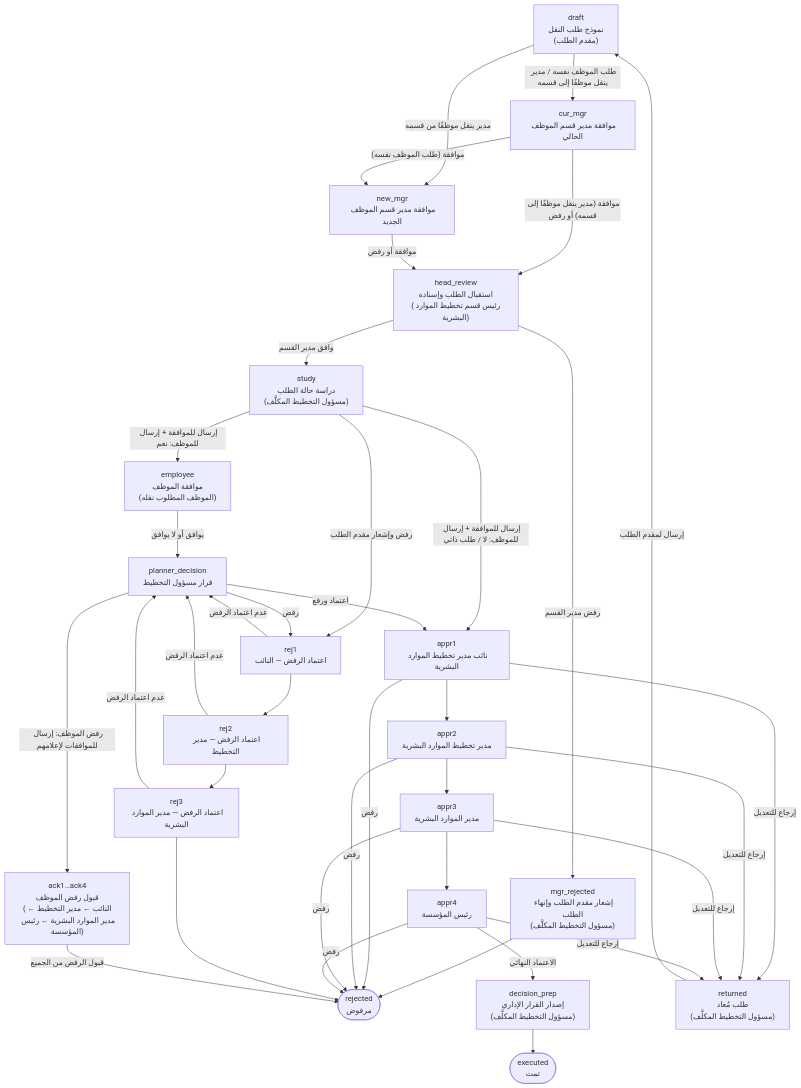
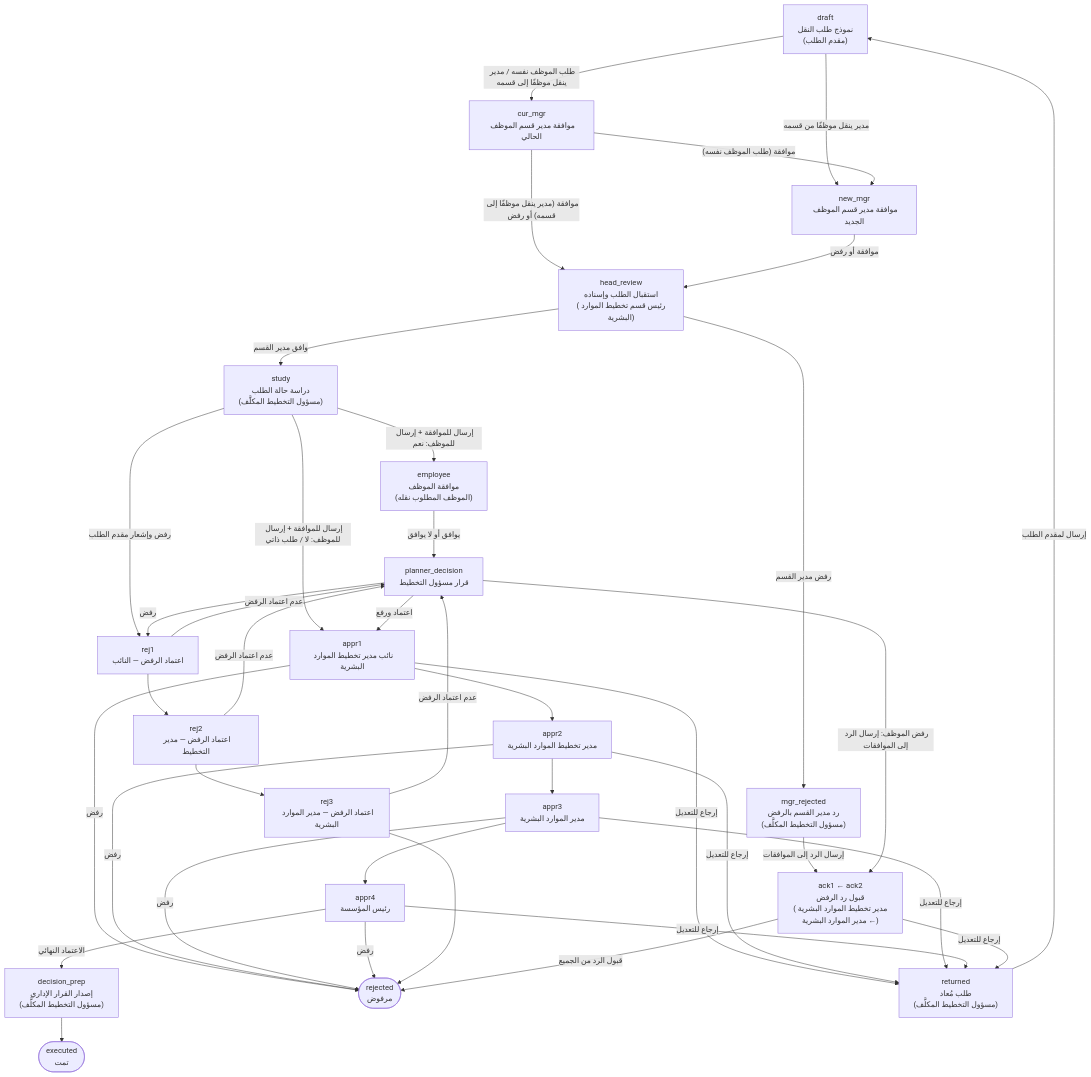
Before and after one commit to mariiamahmed11/sio_staff_transfer: the diagram in docs/workflow.md, drawn with Mermaid. The commit also changed other lines of this file and 6 other files, not shown here.

````diff
--- a/docs/workflow.md
+++ b/docs/workflow.md
@@ -19,31 +19,32 @@
 ```mermaid
 flowchart TD
     draft["draft<br/>نموذج طلب النقل<br/>(مقدم الطلب)"] -- "طلب الموظف نفسه / مدير ينقل موظفًا إلى قسمه" --> cur_mgr["cur_mgr<br/>موافقة مدير قسم الموظف الحالي"]
     draft -- "مدير ينقل موظفًا من قسمه" --> new_mgr["new_mgr<br/>موافقة مدير قسم الموظف الجديد"]
     cur_mgr -- "موافقة (طلب الموظف نفسه)" --> new_mgr
     cur_mgr -- "موافقة (مدير ينقل موظفًا إلى قسمه) أو رفض" --> head_review["head_review<br/>استقبال الطلب وإسناده<br/>(رئيس قسم تخطيط الموارد البشرية)"]
     new_mgr -- "موافقة أو رفض" --> head_review
     head_review -- "وافق مدير القسم" --> study["study<br/>دراسة حالة الطلب<br/>(مسؤول التخطيط المكلَّف)"]
-    head_review -- "رفض مدير القسم" --> mgr_rejected["mgr_rejected<br/>إشعار مقدم الطلب وإنهاء الطلب<br/>(مسؤول التخطيط المكلَّف)"]
-    mgr_rejected --> rejected
+    head_review -- "رفض مدير القسم" --> mgr_rejected["mgr_rejected<br/>رد مدير القسم بالرفض<br/>(مسؤول التخطيط المكلَّف)"]
+    mgr_rejected -- "إرسال الرد إلى الموافقات" --> ack1
     study -- "إرسال للموافقة + إرسال للموظف: نعم" --> employee["employee<br/>موافقة الموظف<br/>(الموظف المطلوب نقله)"]
     study -- "إرسال للموافقة + إرسال للموظف: لا / طلب ذاتي" --> appr1
     study -- "رفض وإشعار مقدم الطلب" --> rej1
     employee -- "يوافق أو لا يوافق" --> planner_decision["planner_decision<br/>قرار مسؤول التخطيط"]
     planner_decision -- "اعتماد ورفع" --> appr1["appr1<br/>نائب مدير تخطيط الموارد البشرية"]
     appr1 --> appr2["appr2<br/>مدير تخطيط الموارد البشرية"]
     appr2 --> appr3["appr3<br/>مدير الموارد البشرية"]
     appr3 --> appr4["appr4<br/>رئيس المؤسسة"]
     appr4 -- "الاعتماد النهائي" --> decision_prep["decision_prep<br/>إصدار القرار الإداري<br/>(مسؤول التخطيط المكلَّف)"]
     decision_prep --> executed(["executed<br/>تمت"])
     appr1 & appr2 & appr3 & appr4 -- "رفض" --> rejected(["rejected<br/>مرفوض"])
     appr1 & appr2 & appr3 & appr4 -- "إرجاع للتعديل" --> returned["returned<br/>طلب مُعاد<br/>(مسؤول التخطيط المكلَّف)"]
     returned -- "إرسال لمقدم الطلب" --> draft
     planner_decision -- "رفض" --> rej1["rej1<br/>اعتماد الرفض — النائب"]
     rej1 --> rej2["rej2<br/>اعتماد الرفض — مدير التخطيط"]
     rej2 --> rej3["rej3<br/>اعتماد الرفض — مدير الموارد البشرية"]
     rej3 --> rejected
     rej1 & rej2 & rej3 -- "عدم اعتماد الرفض" --> planner_decision
-    planner_decision -- "رفض الموظف: إرسال للموافقات لإعلامهم" --> ack1["ack1…ack4<br/>قبول رفض الموظف<br/>(النائب ← مدير التخطيط ← مدير الموارد البشرية ← رئيس المؤسسة)"]
-    ack1 -- "قبول الرفض من الجميع" --> rejected
+    planner_decision -- "رفض الموظف: إرسال الرد إلى الموافقات" --> ack1["ack1 ← ack2<br/>قبول رد الرفض<br/>(مدير تخطيط الموارد البشرية ← مدير الموارد البشرية)"]
+    ack1 -- "قبول الرد من الجميع" --> rejected
+    ack1 -- "إرجاع للتعديل" --> returned
 ```
````
